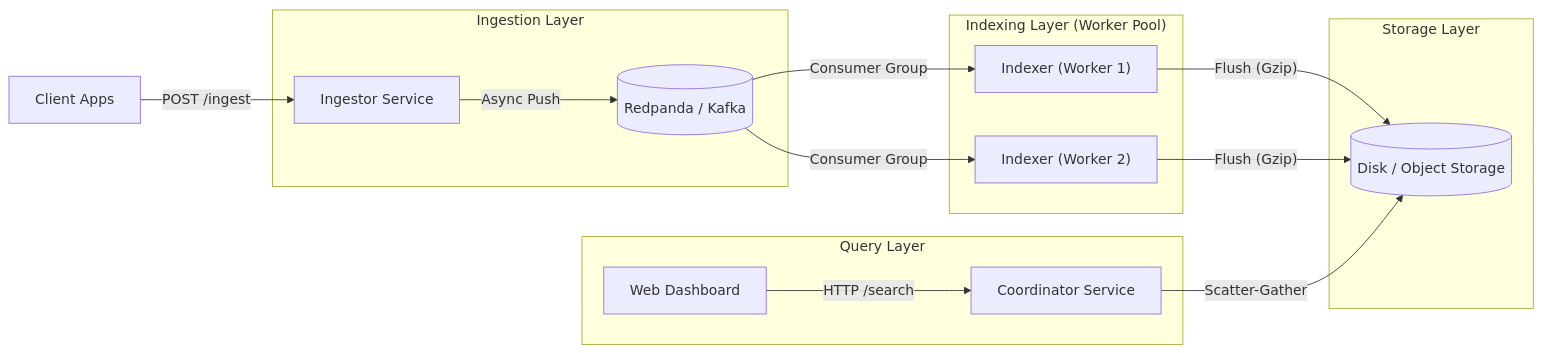
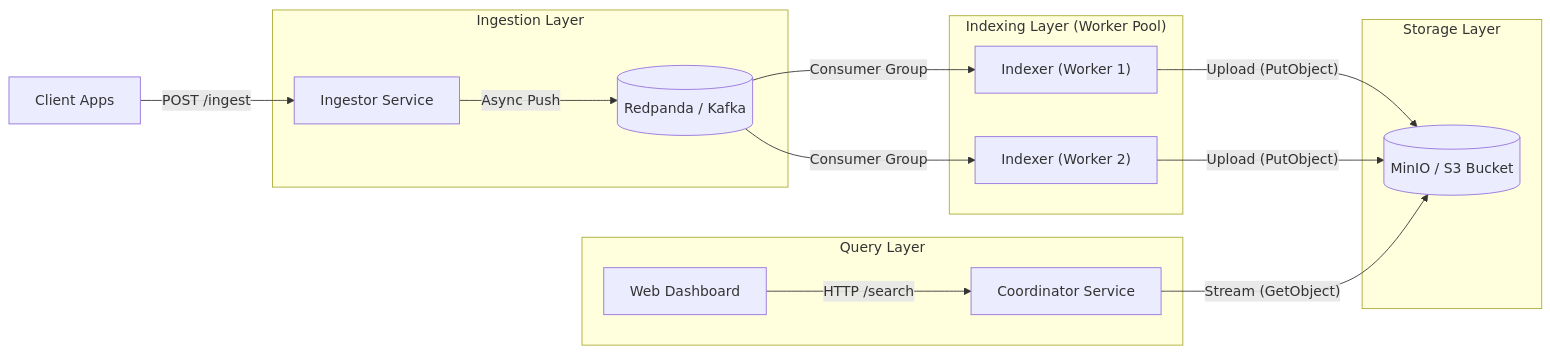
One commit to gokultv/chronos changed the diagram in README.md. Above: the diagram before and after it, drawn with Mermaid. The commit also changed other lines of this file, not shown here.

Commit message:
Docs: Update Architecture Diagram for S3 Data Lake

````diff
--- a/README.md
+++ b/README.md
@@ -10,34 +10,34 @@
 ```mermaid
 graph LR
     Client[Client Apps] -- "POST /ingest" --> Ingestor
     
     subgraph "Ingestion Layer"
         Ingestor[Ingestor Service]
         Redpanda[("Redpanda / Kafka")]
     end
     
     Ingestor -- "Async Push" --> Redpanda
     
     subgraph "Indexing Layer (Worker Pool)"
         Worker1["Indexer (Worker 1)"]
         Worker2["Indexer (Worker 2)"]
     end
     
     Redpanda -- "Consumer Group" --> Worker1
     Redpanda -- "Consumer Group" --> Worker2
     
     subgraph "Storage Layer"
-        Disk[("Disk / Object Storage")]
+        MinIO[("MinIO / S3 Bucket")]
     end
     
-    Worker1 -- "Flush (Gzip)" --> Disk
-    Worker2 -- "Flush (Gzip)" --> Disk
+    Worker1 -- "Upload (PutObject)" --> MinIO
+    Worker2 -- "Upload (PutObject)" --> MinIO
     
     subgraph "Query Layer"
         Coordinator[Coordinator Service]
         UI[Web Dashboard]
     end
     
     UI -- "HTTP /search" --> Coordinator
-    Coordinator -- "Scatter-Gather" --> Disk
+    Coordinator -- "Stream (GetObject)" --> MinIO
 ```
````
